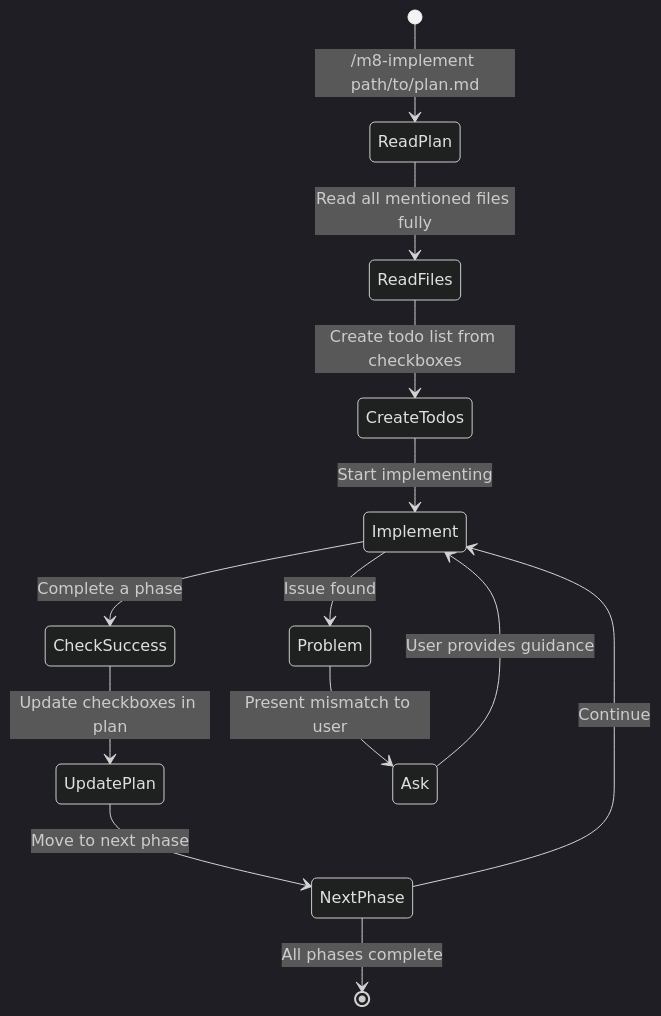
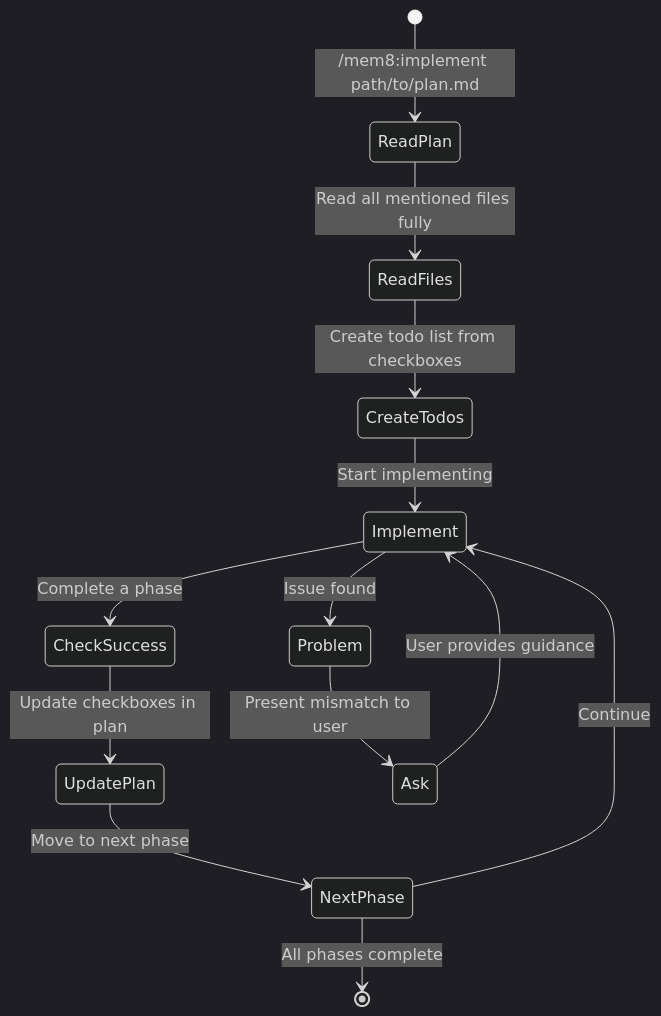
One commit to killerapp/mem8 changed the diagram in documentation/docs/workflows/implement.md. Above: the diagram before and after it, drawn with Mermaid (dark theme). The commit also changed other lines of this file and 12 other files, not shown here.

````diff
--- a/documentation/docs/workflows/implement.md
+++ b/documentation/docs/workflows/implement.md
@@ -10,18 +10,18 @@
 ```mermaid
 stateDiagram-v2
-    [*] --> ReadPlan: /m8-implement path/to/plan.md
+    [*] --> ReadPlan: /mem8:implement path/to/plan.md
     ReadPlan --> ReadFiles: Read all mentioned files fully
     ReadFiles --> CreateTodos: Create todo list from checkboxes
     CreateTodos --> Implement: Start implementing
 
     Implement --> CheckSuccess: Complete a phase
     CheckSuccess --> UpdatePlan: Update checkboxes in plan
     UpdatePlan --> NextPhase: Move to next phase
     NextPhase --> Implement: Continue
 
     Implement --> Problem: Issue found
     Problem --> Ask: Present mismatch to user
     Ask --> Implement: User provides guidance
 
     NextPhase --> [*]: All phases complete
 ```
````
